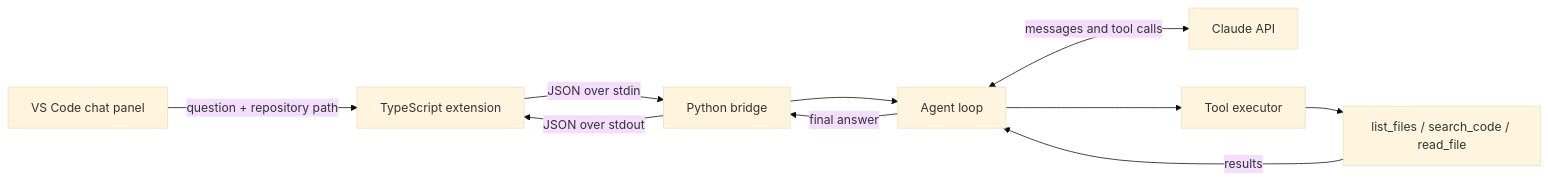
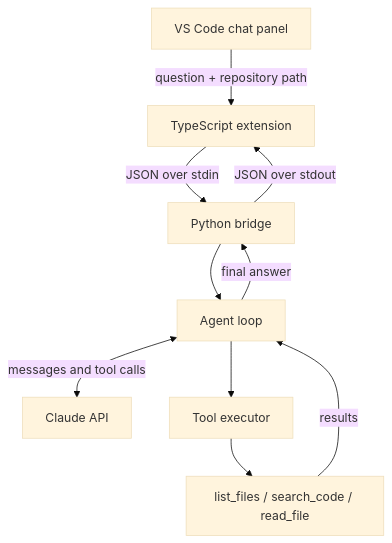
Before and after one commit to laharisingaraju-19/DevAid: the diagram in README.md, drawn with Mermaid (base theme).

Commit message:
readme fixed

````diff
--- a/README.md
+++ b/README.md
@@ -17,12 +17,12 @@
 ```mermaid
-flowchart LR
+flowchart TD
     A[VS Code chat panel] -->|question + repository path| B[TypeScript extension]
     B -->|JSON over stdin| C[Python bridge]
     C --> D[Agent loop]
     D <-->|messages and tool calls| E[Claude API]
     D --> F[Tool executor]
     F --> G[list_files / search_code / read_file]
     G -->|results| D
     D -->|final answer| C
     C -->|JSON over stdout| B
 ```
````
